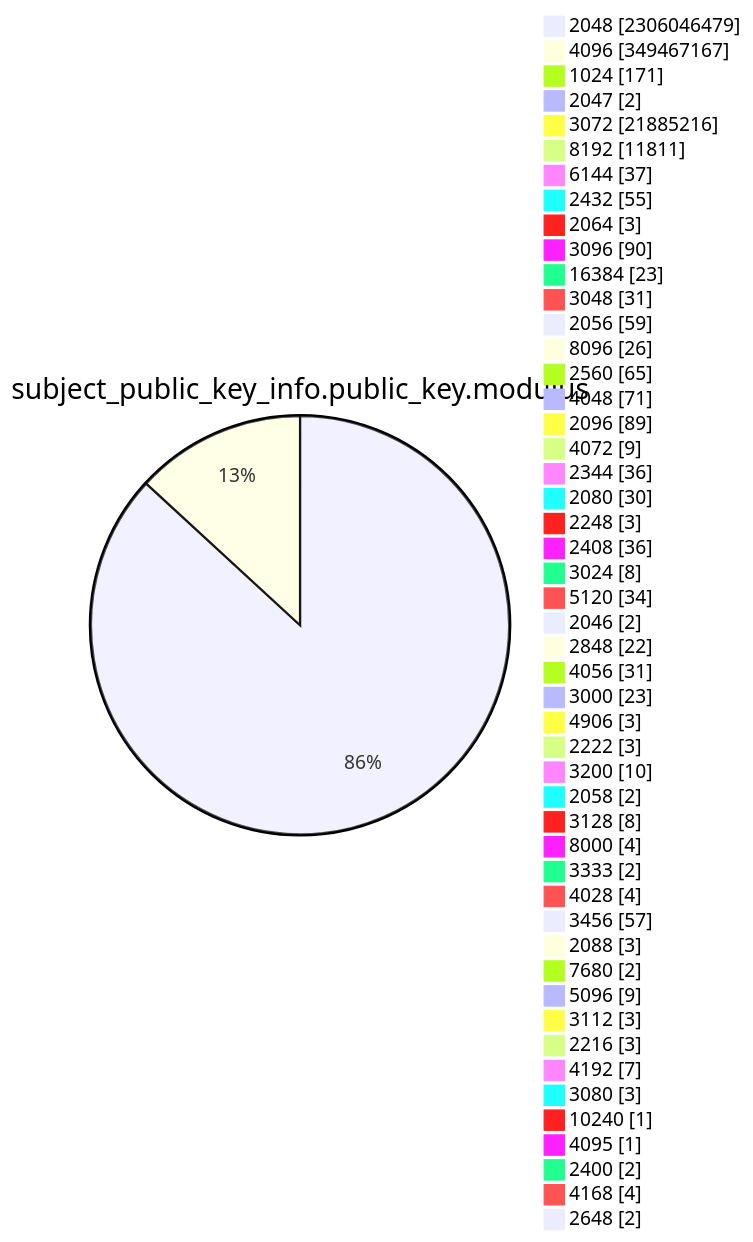
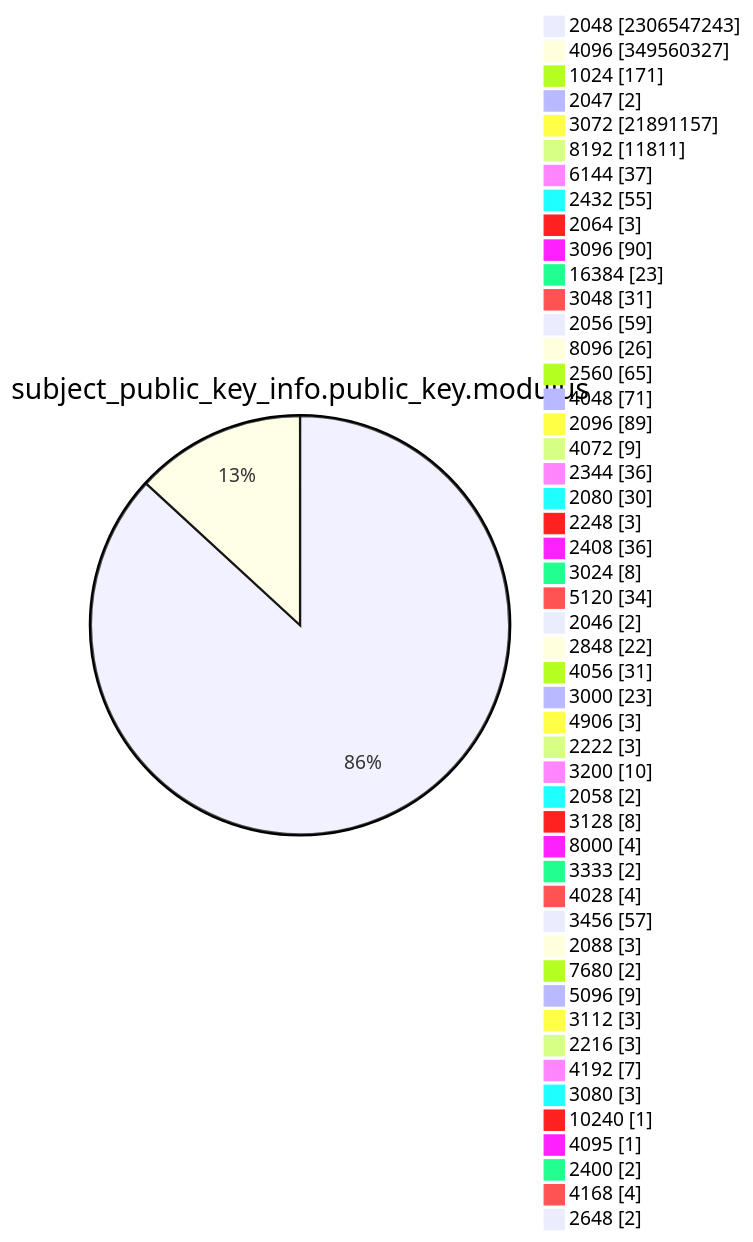
Diagram 13 of 15 in TOTAL/README.md (christiankrug/ctmonitor_visualization), drawn with Mermaid before and after one commit. The commit also changed other lines of this file, not shown here.

````diff
--- a/TOTAL/README.md
+++ b/TOTAL/README.md
@@ -4167,53 +4167,53 @@
 ```mermaid
 pie showData
 title subject_public_key_info.public_key.modulus
-"2048" :2306046479
-"4096" :349467167
+"2048" :2306547243
+"4096" :349560327
 "1024" :171
 "2047" :2
-"3072" :21885216
+"3072" :21891157
 "8192" :11811
 "6144" :37
 "2432" :55
 "2064" :3
 "3096" :90
 "16384" :23
 "3048" :31
 "2056" :59
 "8096" :26
 "2560" :65
 "4048" :71
 "2096" :89
 "4072" :9
 "2344" :36
 "2080" :30
 "2248" :3
 "2408" :36
 "3024" :8
 "5120" :34
 "2046" :2
 "2848" :22
 "4056" :31
 "3000" :23
 "4906" :3
 "2222" :3
 "3200" :10
 "2058" :2
 "3128" :8
 "8000" :4
 "3333" :2
 "4028" :4
 "3456" :57
 "2088" :3
 "7680" :2
 "5096" :9
 "3112" :3
 "2216" :3
 "4192" :7
 "3080" :3
 "10240" :1
 "4095" :1
 "2400" :2
 "4168" :4
 "2648" :2
 ```
````
